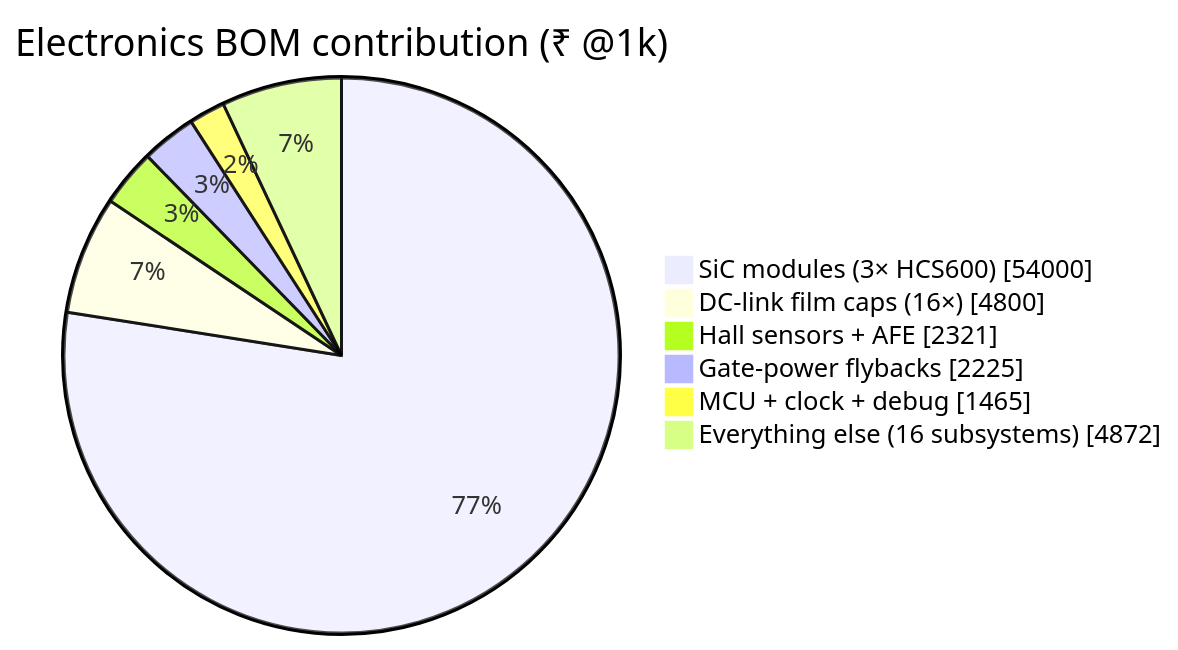
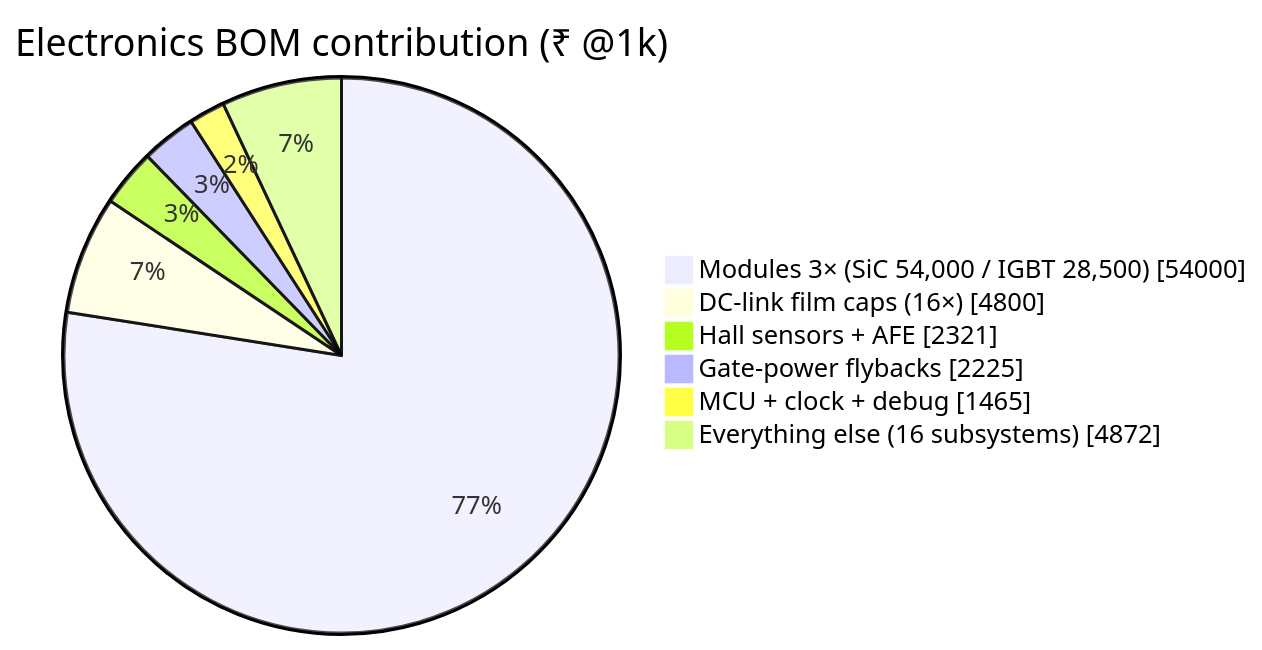
The fifth of 9 diagrams in README.md (vectivolt/Traction-Inverter-GEN-1), drawn with Mermaid before and after one commit. The commit also changed other lines of this file and 8 other files, not shown here.

````diff
--- a/README.md
+++ b/README.md
@@ -315,9 +321,9 @@
 ```mermaid
 pie showData title Electronics BOM contribution (₹ @1k)
-    "SiC modules (3× HCS600)" : 54000
+    "Modules 3× (SiC 54,000 / IGBT 28,500)" : 54000
     "DC-link film caps (16×)" : 4800
     "Hall sensors + AFE" : 2321
     "Gate-power flybacks" : 2225
     "MCU + clock + debug" : 1465
     "Everything else (16 subsystems)" : 4872
 ```
````
